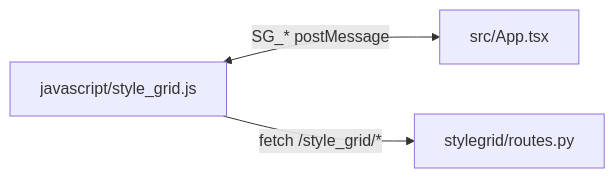
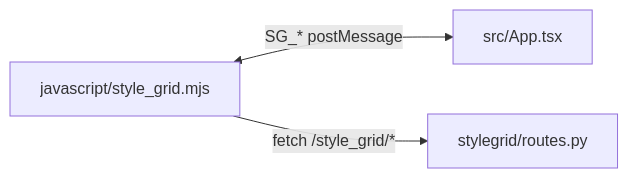
Before and after one commit to KazeKaze93/sd-webui-style-organizer: the diagram in ui/README.md, drawn with Mermaid. The commit also changed other lines of this file and 4 other files, not shown here.

````diff
--- a/ui/README.md
+++ b/ui/README.md
@@ -45,5 +45,5 @@
 ```mermaid
 flowchart LR
-  H[javascript/style_grid.js] <-->|SG_* postMessage| UI[src/App.tsx]
+  H[javascript/style_grid.mjs] <-->|SG_* postMessage| UI[src/App.tsx]
   H -->|fetch /style_grid/*| API[stylegrid/routes.py]
 ```
````
